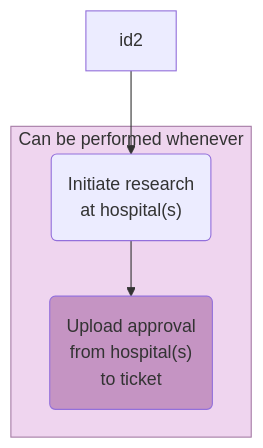
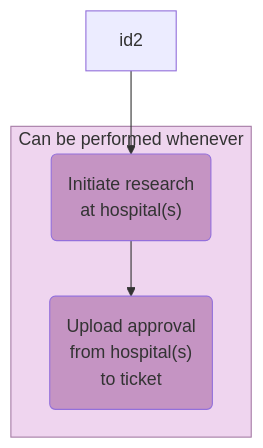
One commit to elan-dcc/elan-dcc.github.io changed the diagram in charts/flowchart/hospital.mmd. Above: the diagram before and after it, drawn with Mermaid. The commit also changed 9 other files, not shown here.

```diff
--- a/charts/flowchart/hospital.mmd
+++ b/charts/flowchart/hospital.mmd
@@ -1,14 +1,15 @@
 flowchart TD
 subgraph external [Can be performed whenever]
     idC1("Initiate research
     at hospital(s)") --> idC2("Upload approval
     from hospital(s)
     to ticket")
 end
 
 id2 --> idC1
 
+style idC1 fill:#c594c3
 style idC2 fill:#c594c3
 style external fill:#efd5ef, stroke:#a57ca5
 click idC1 "https://elan-dcc.github.io/researchers/researchhospital/" "Research at a hospital"
 click idC2 "https://elanresearch.nl" "ELAN research" _blank
```
